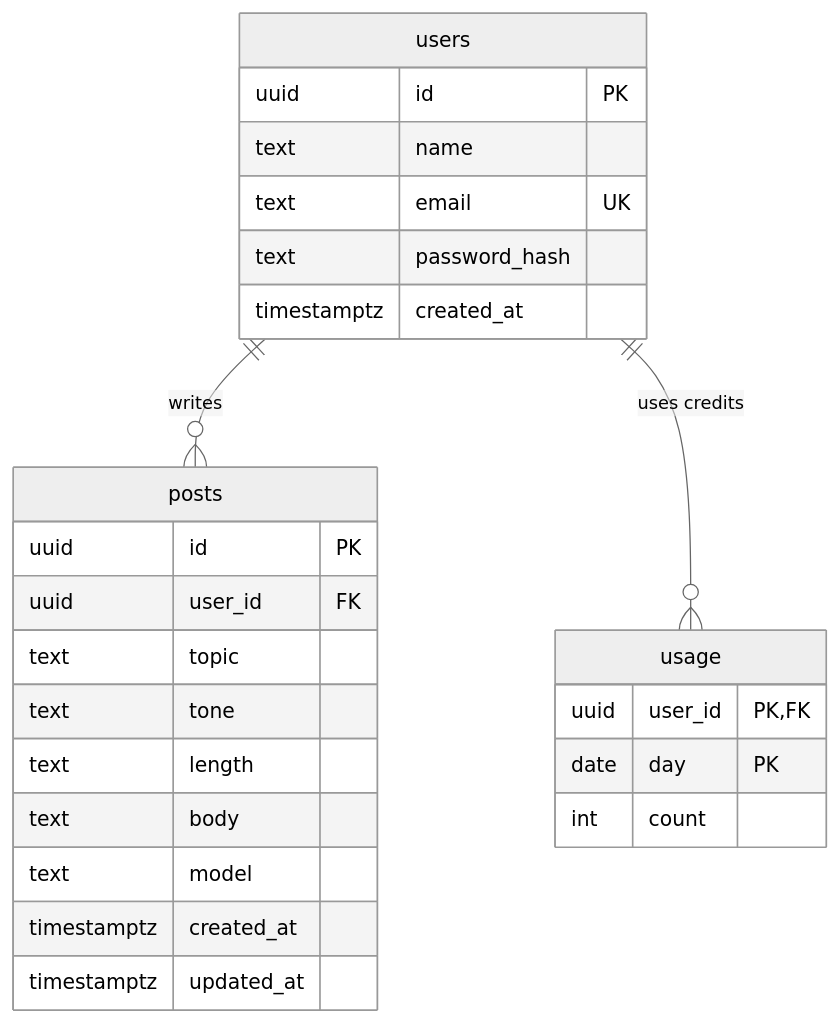
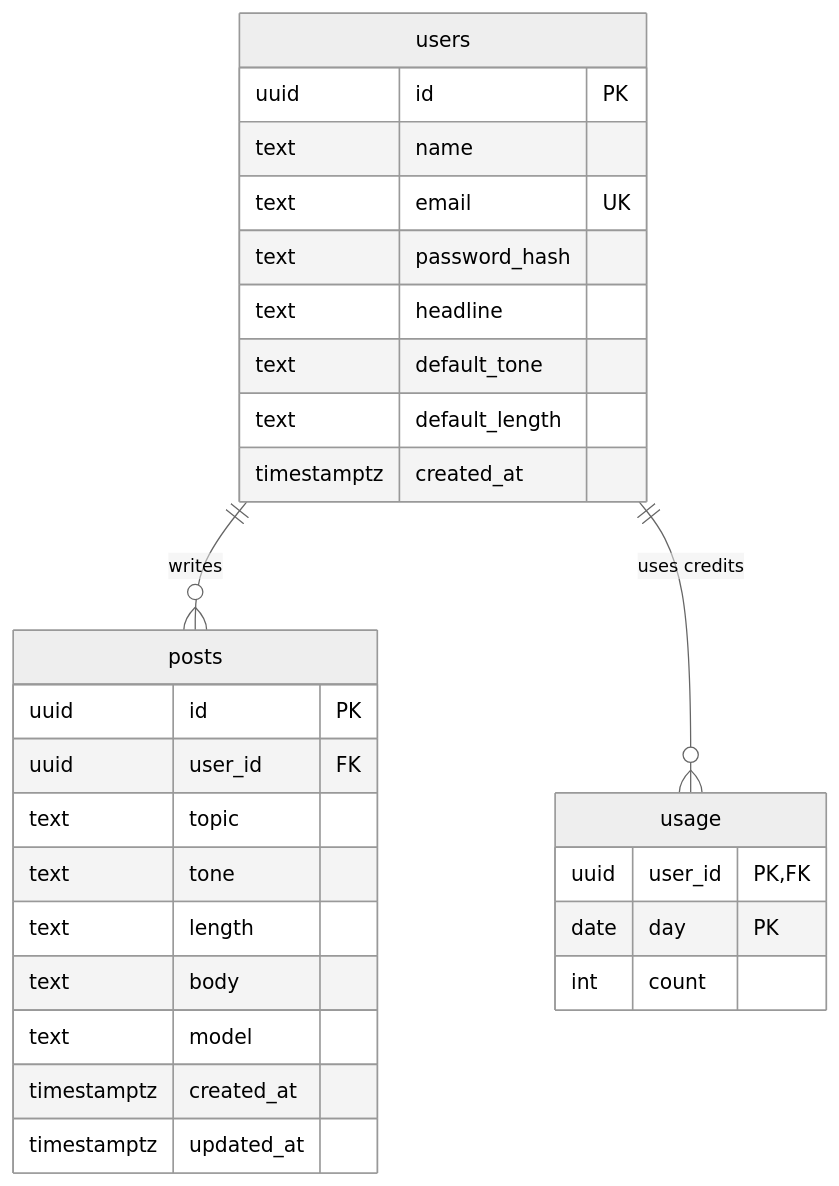
One commit to osamaayub/postpilot changed the third of 3 diagrams in README.md. Above: the diagram before and after it, drawn with Mermaid (neutral theme). The commit also changed other lines of this file and 20 other files, not shown here.

````diff
--- a/README.md
+++ b/README.md
@@ -246,28 +249,31 @@
 ```mermaid
 erDiagram
   users ||--o{ posts : writes
   users ||--o{ usage : "uses credits"
   users {
     uuid id PK
     text name
     text email UK
     text password_hash
+    text headline
+    text default_tone
+    text default_length
     timestamptz created_at
   }
   posts {
     uuid id PK
     uuid user_id FK
     text topic
     text tone
     text length
     text body
     text model
     timestamptz created_at
     timestamptz updated_at
   }
   usage {
     uuid user_id PK,FK
     date day PK
     int count
   }
 ```
````
